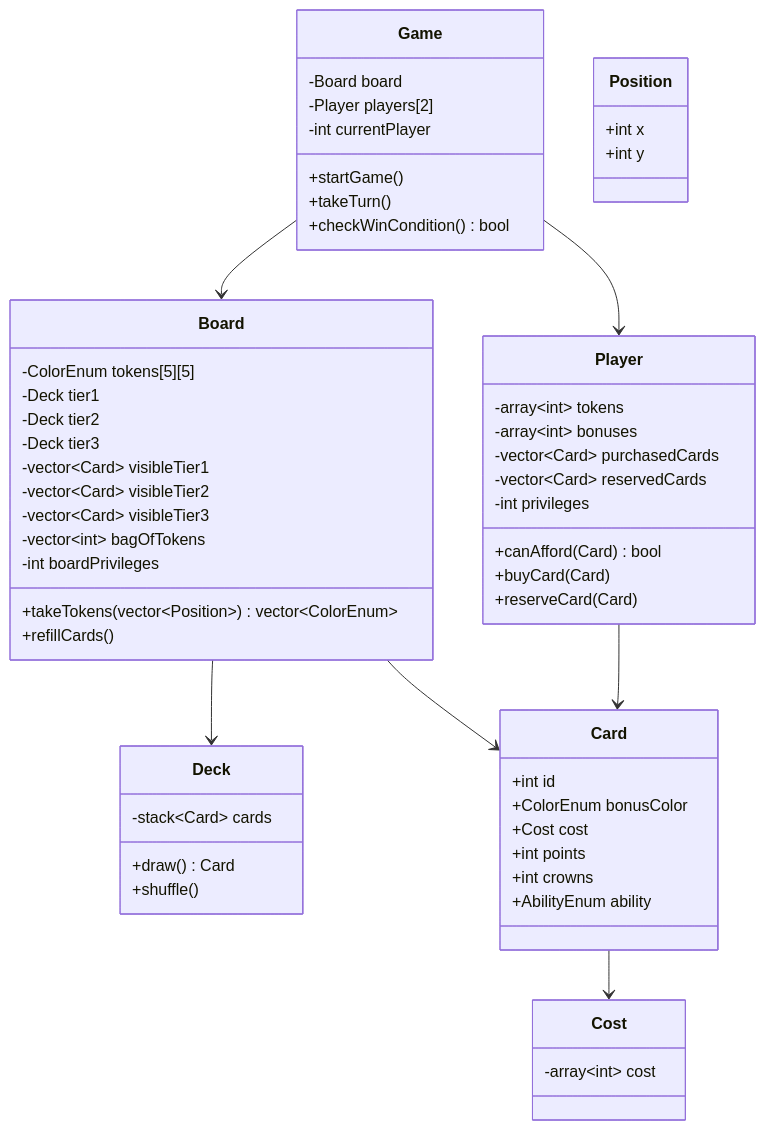
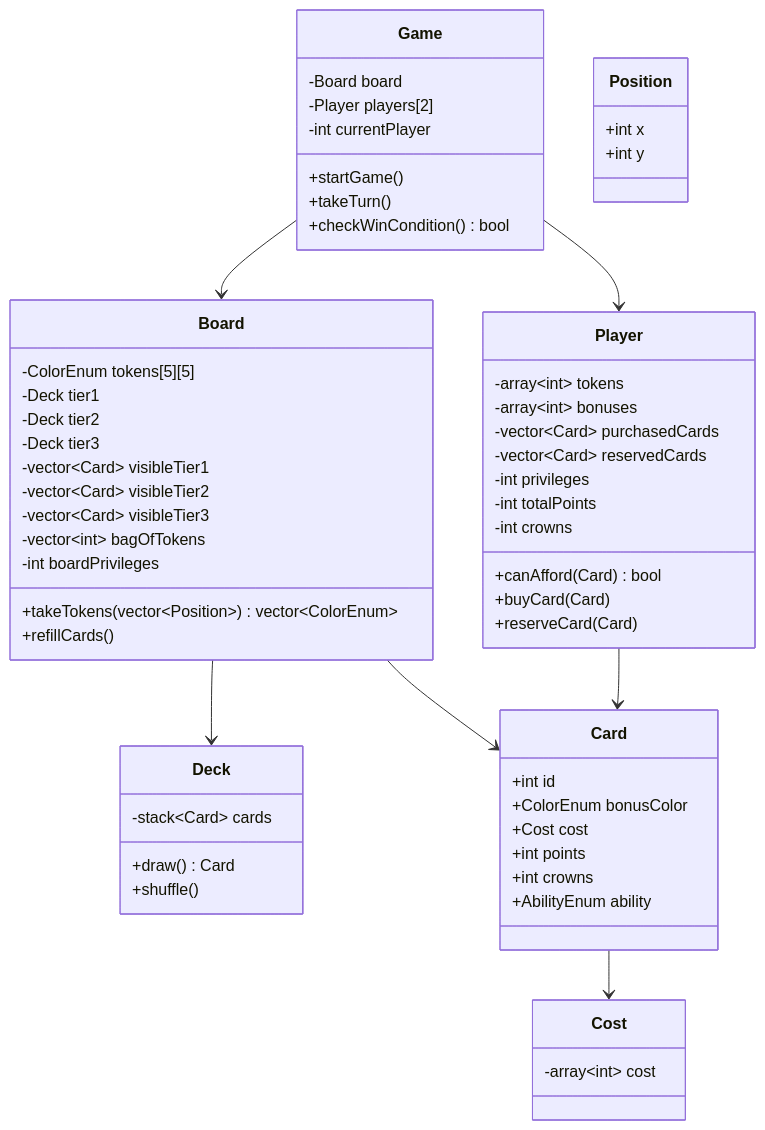
One commit to josephc8464/SplendorDuel changed the diagram in docs/ClassDiagrams/ClassDiagram.mmd. Above: the diagram before and after it, drawn with Mermaid. The commit also changed 4 other files, not shown here.

Commit message:
Updated classes to Domain Diagram

```diff
--- a/docs/ClassDiagrams/ClassDiagram.mmd
+++ b/docs/ClassDiagrams/ClassDiagram.mmd
@@ -1,66 +1,68 @@
 classDiagram
 
 class Game {
     -Board board
     -Player players[2]
     -int currentPlayer
     +startGame()
     +takeTurn()
     +checkWinCondition() bool
 }
 
 class Board {
     -ColorEnum tokens[5][5]
     -Deck tier1
     -Deck tier2
     -Deck tier3
     -vector~Card~ visibleTier1
     -vector~Card~ visibleTier2
     -vector~Card~ visibleTier3
     -vector~int~ bagOfTokens
     -int boardPrivileges
     +takeTokens(vector~Position~) vector~ColorEnum~
     +refillCards()
 }
 
 class Player {
     -array~int~ tokens
     -array~int~ bonuses
     -vector~Card~ purchasedCards
     -vector~Card~ reservedCards
     -int privileges
+    -int totalPoints
+    -int crowns
     +canAfford(Card) bool
     +buyCard(Card)
     +reserveCard(Card)
 }
 
 class Deck {
     -stack~Card~ cards
     +draw() Card
     +shuffle()
 }
 
 class Card {
     +int id
     +ColorEnum bonusColor
     +Cost cost
     +int points
     +int crowns
     +AbilityEnum ability
 }
 
 class Cost {
     -array~int~ cost
 }
 
 class Position {
     +int x
     +int y
 }
 
 Game --> Board
 Game --> Player
 Board --> Deck
 Board --> Card
 Player --> Card
 Card --> Cost
```
